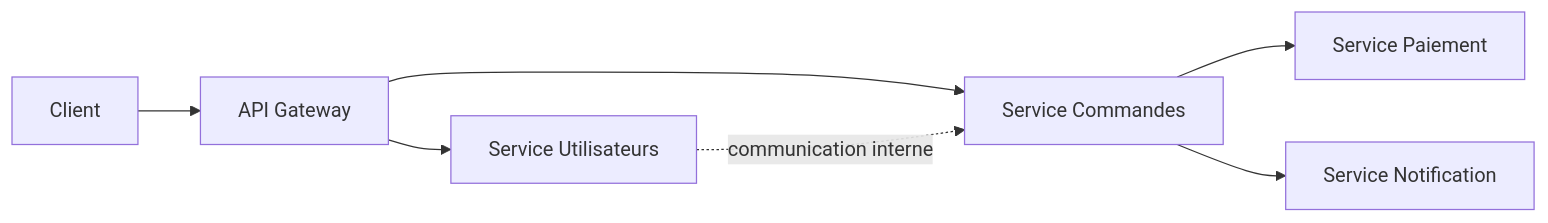
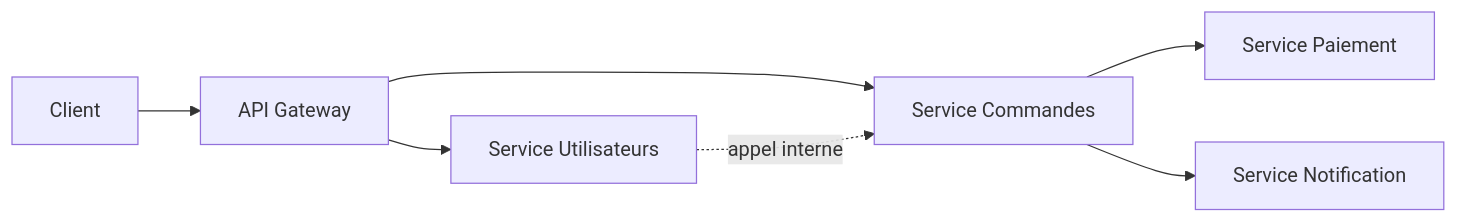
Before and after one commit to AureDulvresse/nyx: the diagram in content/courses/securite-applications-api/05-securite-microservices-communication-inter-services.md, drawn with Mermaid. The commit also changed other lines of this file and 167 other files, not shown here.

````diff
--- a/content/courses/securite-applications-api/05-securite-microservices-communication-inter-services.md
+++ b/content/courses/securite-applications-api/05-securite-microservices-communication-inter-services.md
@@ -25,9 +26,9 @@
 ```mermaid
-graph LR
-    A[Client] --> B[API Gateway]
-    B --> C[Service Utilisateurs]
-    B --> D[Service Commandes]
-    D --> E[Service Paiement]
-    D --> F[Service Notification]
-    C -.communication interne.-> D
+flowchart LR
+    C["Client"] --> GW["API Gateway"]
+    GW --> U["Service Utilisateurs"]
+    GW --> O["Service Commandes"]
+    O --> P["Service Paiement"]
+    O --> N["Service Notification"]
+    U -.->|"appel interne"| O
 ```
````
